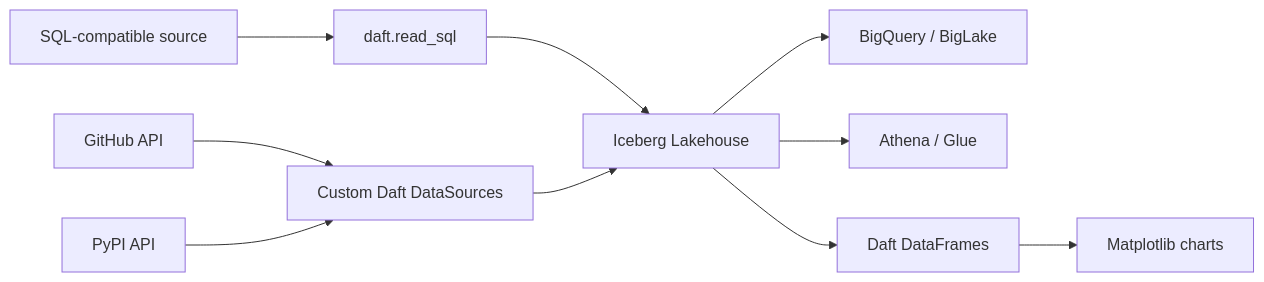
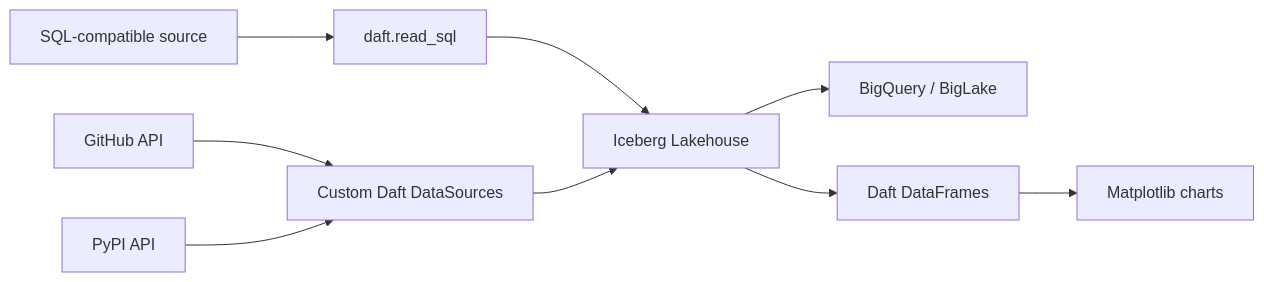
One commit to Eventual-Inc/daft-examples changed the diagram in pipelines/lakehouse_analytics/README.md. Above: the diagram before and after it, drawn with Mermaid.

Commit message:
docs: remove Athena/Glue arrow from lakehouse architecture diagram

````diff
--- a/pipelines/lakehouse_analytics/README.md
+++ b/pipelines/lakehouse_analytics/README.md
@@ -20,12 +20,11 @@
 ```mermaid
 flowchart LR
     github[GitHub API] --> sources[Custom Daft DataSources]
     pypi[PyPI API] --> sources
     sql[SQL-compatible source] --> read_sql[daft.read_sql]
     read_sql --> lakehouse[Iceberg Lakehouse]
     sources --> lakehouse
     lakehouse --> bigquery[BigQuery / BigLake]
-    lakehouse --> athena[Athena / Glue]
     lakehouse --> daft[Daft DataFrames]
     daft --> charts[Matplotlib charts]
 ```
````
